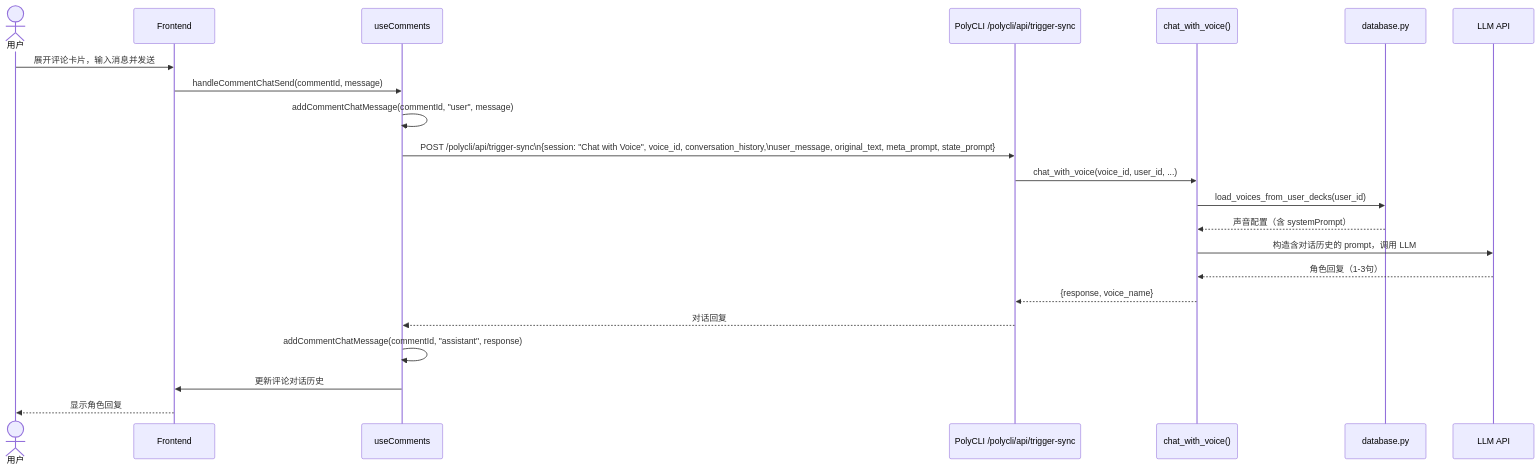
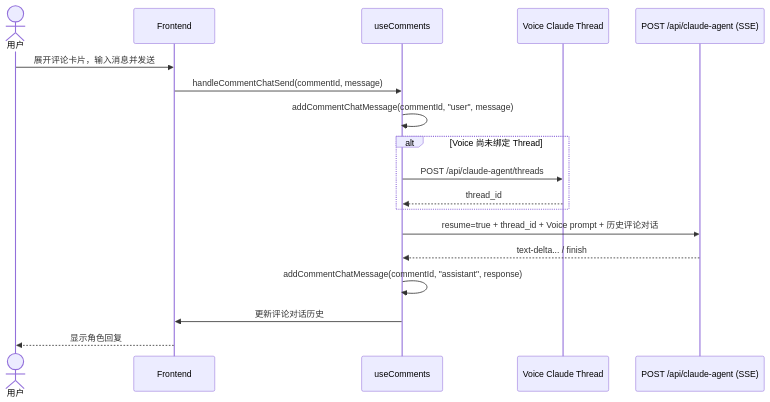
One commit to glide-the/im-dream changed the eighth of 17 diagrams in docs/design/sequence-diagrams.md. Above: the diagram before and after it, drawn with Mermaid. The commit also changed other lines of this file and 136 other files, not shown here.

````diff
--- a/docs/design/sequence-diagrams.md
+++ b/docs/design/sequence-diagrams.md
@@ -268,25 +240,21 @@
 ```mermaid
 sequenceDiagram
     actor User as 用户
     participant FE as Frontend
     participant Hook as useComments
-    participant PolyCLI as PolyCLI /polycli/api/trigger-sync
-    participant Session as chat_with_voice()
-    participant DB as database.py
-    participant LLM as LLM API
+    participant Thread as Voice Claude Thread
+    participant Agent as POST /api/claude-agent (SSE)
 
     User->>FE: 展开评论卡片，输入消息并发送
     FE->>Hook: handleCommentChatSend(commentId, message)
     Hook->>Hook: addCommentChatMessage(commentId, "user", message)
-    Hook->>PolyCLI: POST /polycli/api/trigger-sync\n{session: "Chat with Voice", voice_id, conversation_history,\nuser_message, original_text, meta_prompt, state_prompt}
-    PolyCLI->>Session: chat_with_voice(voice_id, user_id, ...)
-    Session->>DB: load_voices_from_user_decks(user_id)
-    DB-->>Session: 声音配置（含 systemPrompt）
-    Session->>LLM: 构造含对话历史的 prompt，调用 LLM
-    LLM-->>Session: 角色回复（1-3句）
-    Session-->>PolyCLI: {response, voice_name}
-    PolyCLI-->>Hook: 对话回复
+    alt Voice 尚未绑定 Thread
+        Hook->>Thread: POST /api/claude-agent/threads
+        Thread-->>Hook: thread_id
+    end
+    Hook->>Agent: resume=true + thread_id + Voice prompt + 历史评论对话
+    Agent-->>Hook: text-delta... / finish
     Hook->>Hook: addCommentChatMessage(commentId, "assistant", response)
     Hook->>FE: 更新评论对话历史
     FE-->>User: 显示角色回复
 ```
````
